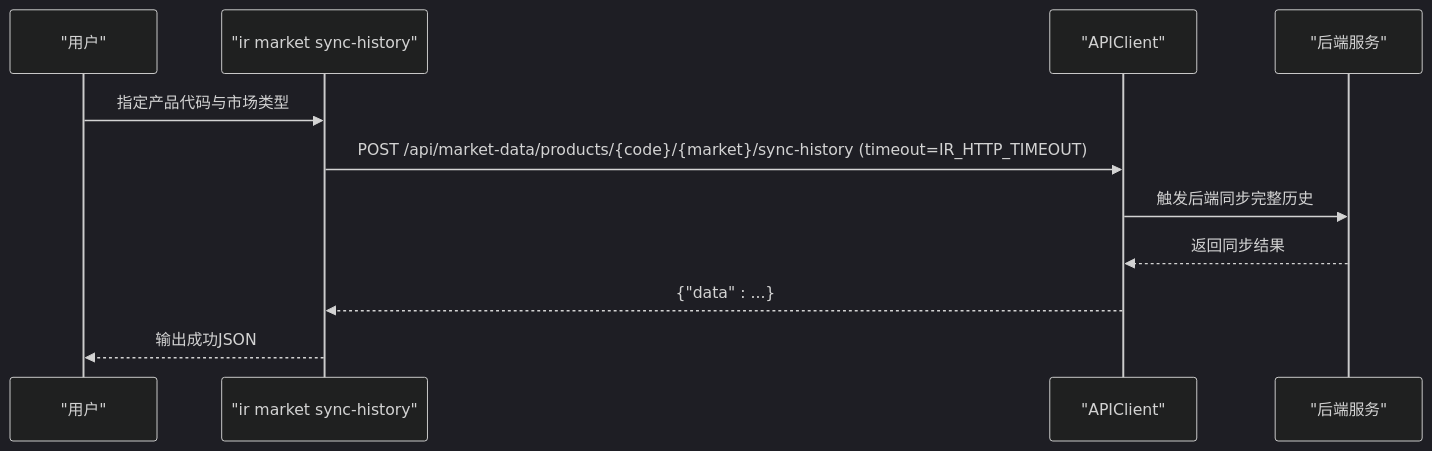
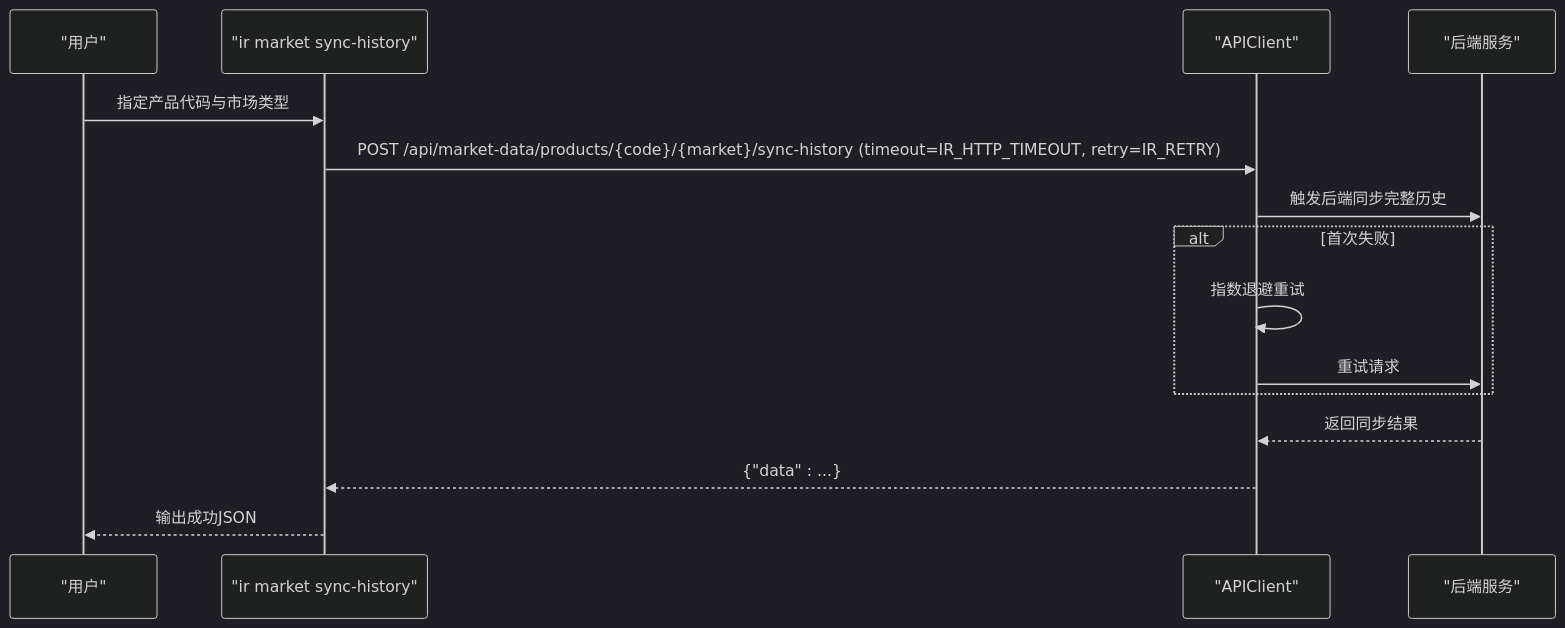
Before and after one commit to gujialind/InvestRing: the fifth of 7 diagrams in .qoder/repowiki/zh/content/开发指南/InvestRing HTTP客户端CLI工具.md, drawn with Mermaid (dark theme). The commit also changed other lines of this file and 8 other files, not shown here.

````diff
--- a/.qoder/repowiki/zh/content/开发指南/InvestRing HTTP客户端CLI工具.md
+++ b/.qoder/repowiki/zh/content/开发指南/InvestRing HTTP客户端CLI工具.md
@@ -257,13 +319,17 @@
 ```mermaid
 sequenceDiagram
 participant U as "用户"
 participant CLI as "ir market sync-history"
 participant C as "APIClient"
 participant S as "后端服务"
 U->>CLI : 指定产品代码与市场类型
-CLI->>C : POST /api/market-data/products/{code}/{market}/sync-history (timeout=IR_HTTP_TIMEOUT)
+CLI->>C : POST /api/market-data/products/{code}/{market}/sync-history (timeout=IR_HTTP_TIMEOUT, retry=IR_RETRY)
 C->>S : 触发后端同步完整历史
+alt 首次失败
+C->>C : 指数退避重试
+C->>S : 重试请求
+end
 S-->>C : 返回同步结果
 C-->>CLI : {"data" : ...}
 CLI-->>U : 输出成功JSON
 ```
````
